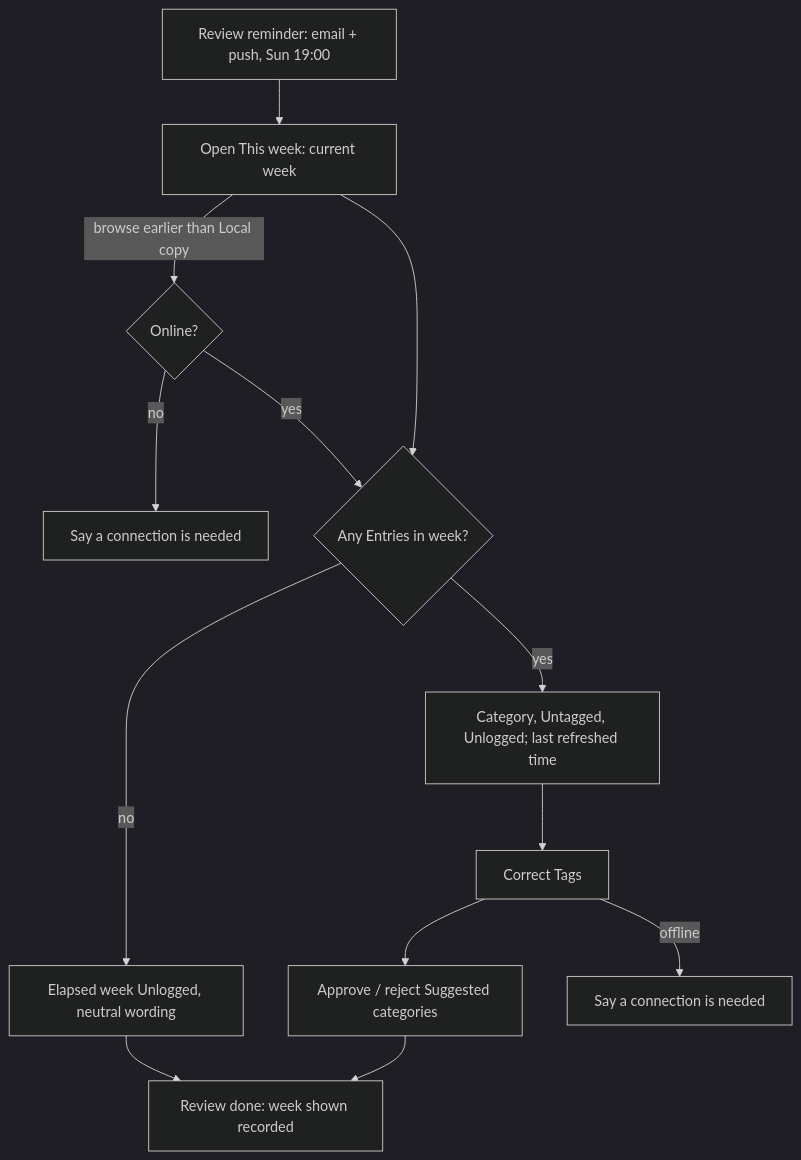
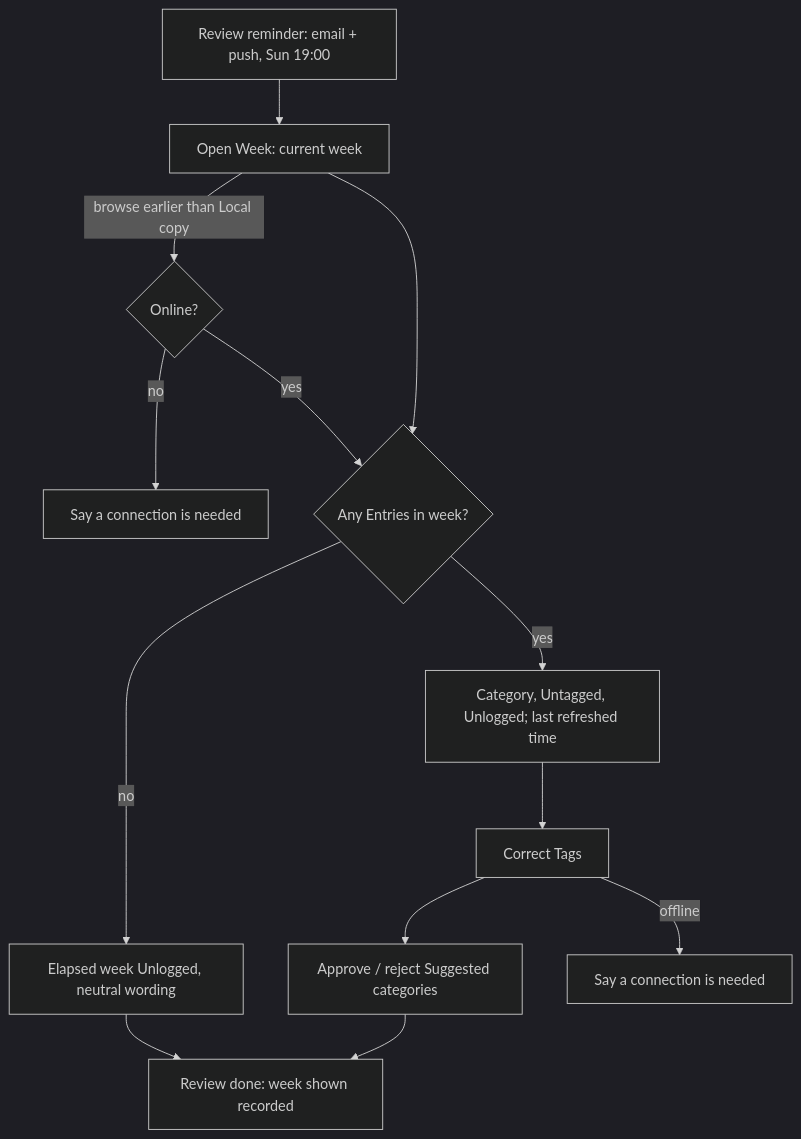
One commit to bachtly/daily-kaizen changed the fourth of 6 diagrams in docs/design/2026-11-06-mvp/02-requirements.md. Above: the diagram before and after it, drawn with Mermaid (dark theme). The commit also changed other lines of this file and 5 other files, not shown here.

````diff
--- a/docs/design/2026-11-06-mvp/02-requirements.md
+++ b/docs/design/2026-11-06-mvp/02-requirements.md
@@ -155,13 +156,13 @@
 ```mermaid
 flowchart TD
-  RR[Review reminder: email + push, Sun 19:00] --> W[Open This week: current week]
+  RR[Review reminder: email + push, Sun 19:00] --> W[Open Week: current week]
   W -- browse earlier than Local copy --> L{Online?}
   L -- no --> L1[Say a connection is needed]
   L -- yes --> K
   W --> K{Any Entries in week?}
   K -- no --> K1[Elapsed week Unlogged, neutral wording]
   K -- yes --> Y["Category, Untagged, Unlogged; last refreshed time"]
   Y --> FX[Correct Tags] --> AP[Approve / reject Suggested categories] --> DONE[Review done: week shown recorded]
   FX -- offline --> F1[Say a connection is needed]
   K1 --> DONE
 ```
````
